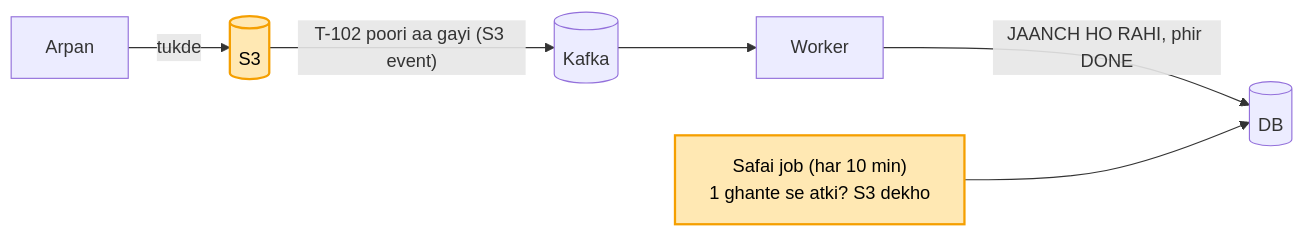
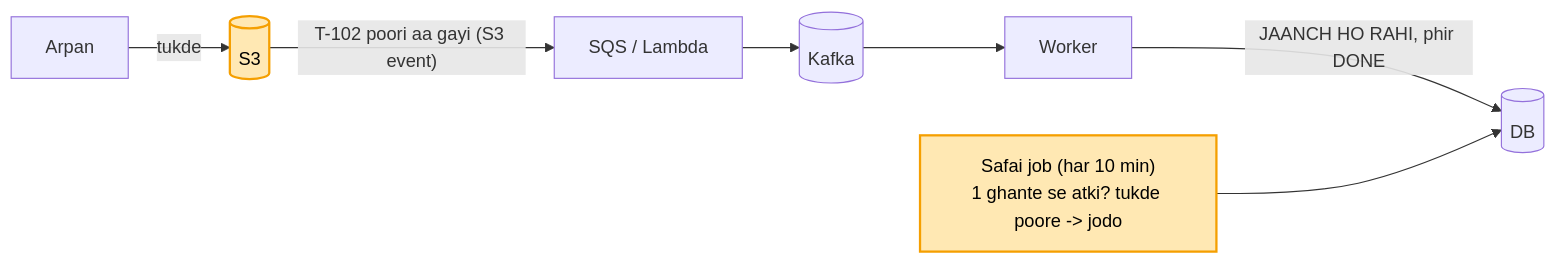
The fifth of 8 diagrams in 04_HLD/SYSTEM_DESIGNS/07_file_upload_validate_system/07_file_upload.md (ArpanMaheshwari144/Prep), drawn with Mermaid before and after one commit. The commit also changed other lines of this file, not shown here.

Commit message:
file upload kadam 5: haalat B (jodo se pehle mara) sweeper jode; S3 event SQS/Lambda ke raaste; sweeper mara to DB se phir

````diff
--- a/04_HLD/SYSTEM_DESIGNS/07_file_upload_validate_system/07_file_upload.md
+++ b/04_HLD/SYSTEM_DESIGNS/07_file_upload_validate_system/07_file_upload.md
@@ -212,10 +223,11 @@
 ```mermaid
 flowchart LR
     A["Arpan"] -->|"tukde"| S3[("S3")]
-    S3 -->|"T-102 poori aa gayi (S3 event)"| K[("Kafka")]
+    S3 -->|"T-102 poori aa gayi (S3 event)"| L["SQS / Lambda"]
+    L --> K[("Kafka")]
     K --> W["Worker"]
     W -->|"JAANCH HO RAHI, phir DONE"| D[("DB")]
-    J["Safai job (har 10 min)<br/>1 ghante se atki? S3 dekho"] --> D
+    J["Safai job (har 10 min)<br/>1 ghante se atki? tukde poore -> jodo"] --> D
     style S3 fill:#ffe8b3,stroke:#f59f00,stroke-width:2px,color:#000
     style J fill:#ffe8b3,stroke:#f59f00,stroke-width:2px,color:#000
 ```
````
